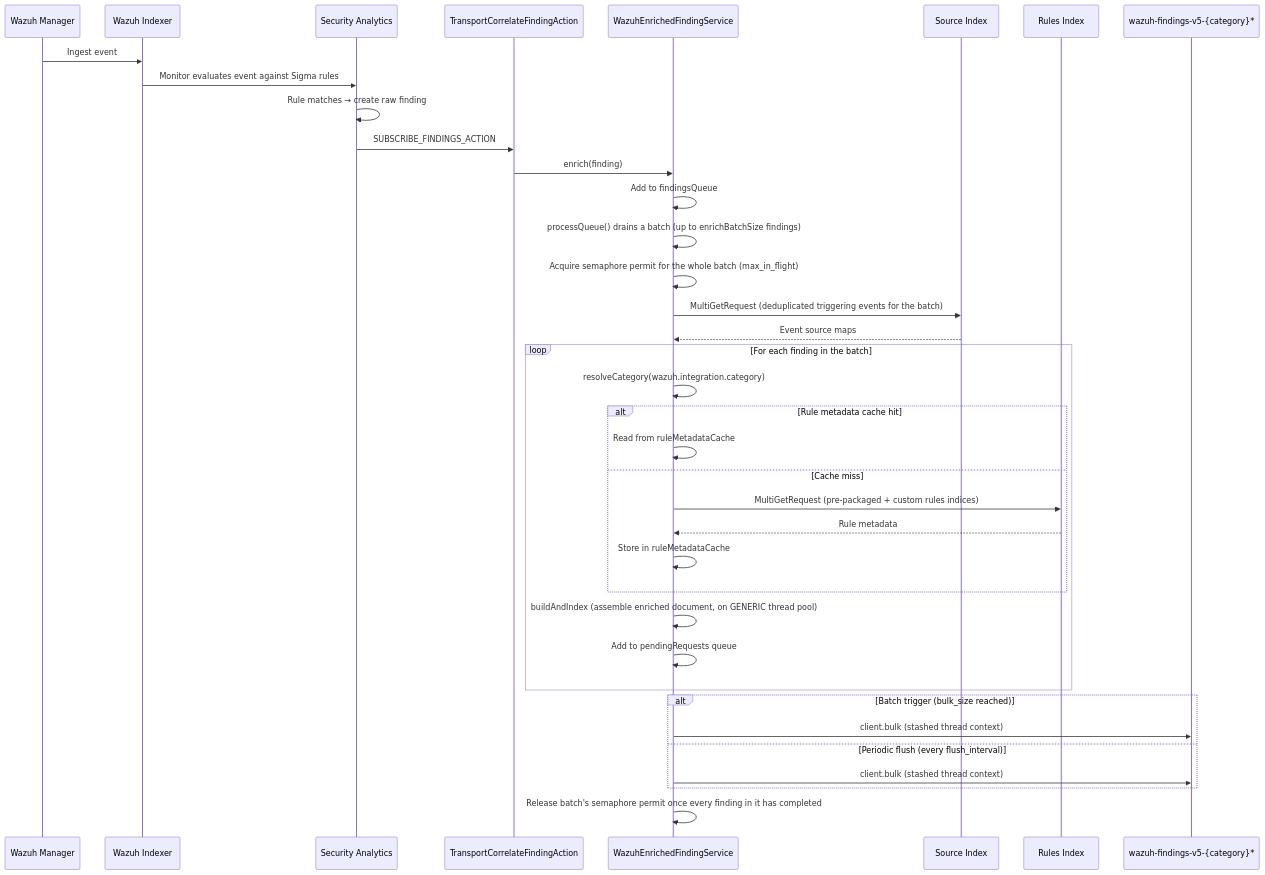
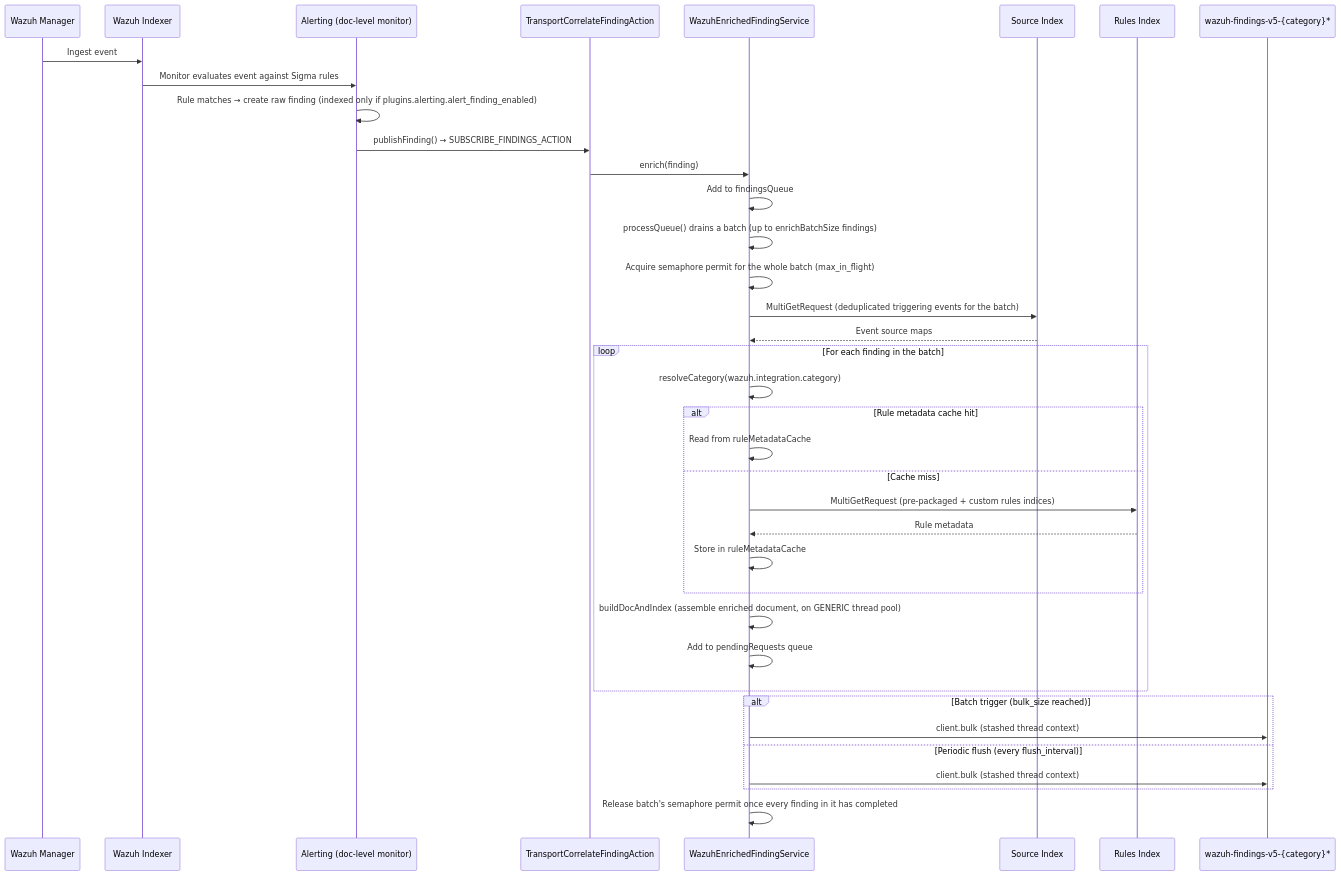
One commit to wazuh/wazuh-indexer-plugins changed the first of 2 diagrams in docs/dev/plugins/security-analytics.md. Above: the diagram before and after it, drawn with Mermaid. The commit also changed other lines of this file and 195 other files, not shown here.

````diff
--- a/docs/dev/plugins/security-analytics.md
+++ b/docs/dev/plugins/security-analytics.md
@@ -62,40 +64,40 @@
 ```mermaid
 sequenceDiagram
     participant A as Wazuh Manager
     participant I as Wazuh Indexer
-    participant SA as Security Analytics
+    participant AL as Alerting (doc-level monitor)
     participant TC as TransportCorrelateFindingAction
     participant WS as WazuhEnrichedFindingService
     participant SI as Source Index
     participant RI as Rules Index
     participant WF as wazuh-findings-v5-{category}*
 
     A->>I: Ingest event
-    I->>SA: Monitor evaluates event against Sigma rules
-    SA->>SA: Rule matches → create raw finding
-    SA->>TC: SUBSCRIBE_FINDINGS_ACTION
+    I->>AL: Monitor evaluates event against Sigma rules
+    AL->>AL: Rule matches → create raw finding (indexed only if plugins.alerting.alert_finding_enabled)
+    AL->>TC: publishFinding() → SUBSCRIBE_FINDINGS_ACTION
     TC->>WS: enrich(finding)
     WS->>WS: Add to findingsQueue
     WS->>WS: processQueue() drains a batch (up to enrichBatchSize findings)
     WS->>WS: Acquire semaphore permit for the whole batch (max_in_flight)
     WS->>SI: MultiGetRequest (deduplicated triggering events for the batch)
     SI-->>WS: Event source maps
     loop For each finding in the batch
         WS->>WS: resolveCategory(wazuh.integration.category)
         alt Rule metadata cache hit
             WS->>WS: Read from ruleMetadataCache
         else Cache miss
             WS->>RI: MultiGetRequest (pre-packaged + custom rules indices)
             RI-->>WS: Rule metadata
             WS->>WS: Store in ruleMetadataCache
         end
-        WS->>WS: buildAndIndex (assemble enriched document, on GENERIC thread pool)
+        WS->>WS: buildDocAndIndex (assemble enriched document, on GENERIC thread pool)
         WS->>WS: Add to pendingRequests queue
     end
     alt Batch trigger (bulk_size reached)
         WS->>WF: client.bulk (stashed thread context)
     else Periodic flush (every flush_interval)
         WS->>WF: client.bulk (stashed thread context)
     end
     WS->>WS: Release batch's semaphore permit once every finding in it has completed
 ```
````
